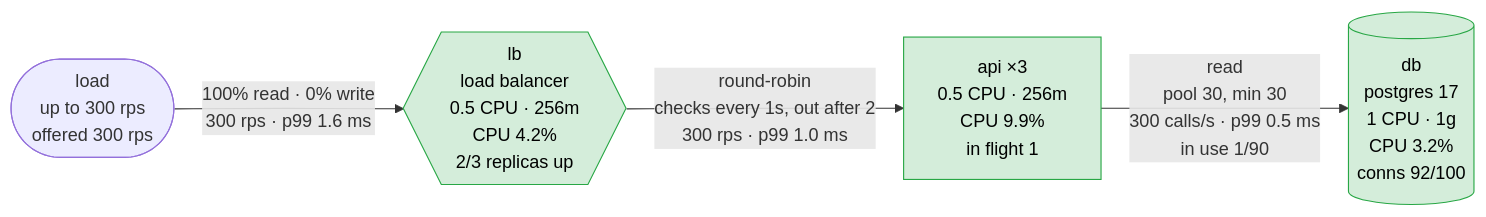
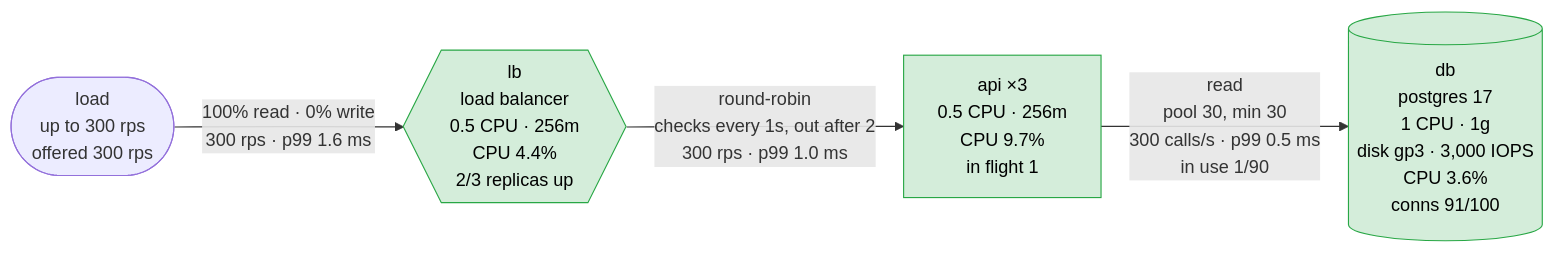
One commit to akinfemi/load-lore changed the first of 5 diagrams in scenarios/healthy-but-broken/solutions/deep-health-check/report.md. Above: the diagram before and after it, drawn with Mermaid. The commit also changed other lines of this file and 125 other files, not shown here.

````diff
--- a/scenarios/healthy-but-broken/solutions/deep-health-check/report.md
+++ b/scenarios/healthy-but-broken/solutions/deep-health-check/report.md
@@ -15,14 +15,14 @@
 ```mermaid
 flowchart LR
     load(["load<br/>up to 300 rps<br/>offered 300 rps"])
-    lb{{"lb<br/>load balancer<br/>0.5 CPU · 256m<br/>CPU 4.2%<br/>2/3 replicas up"}}
-    api["api ×3<br/>0.5 CPU · 256m<br/>CPU 9.9%<br/>in flight 1"]
-    db[("db<br/>postgres 17<br/>1 CPU · 1g<br/>CPU 3.2%<br/>conns 92/100")]
+    lb{{"lb<br/>load balancer<br/>0.5 CPU · 256m<br/>CPU 4.4%<br/>2/3 replicas up"}}
+    api["api ×3<br/>0.5 CPU · 256m<br/>CPU 9.7%<br/>in flight 1"]
+    db[("db<br/>postgres 17<br/>1 CPU · 1g<br/>disk gp3 · 3,000 IOPS<br/>CPU 3.6%<br/>conns 91/100")]
     load -->|"100% read · 0% write<br/>300 rps · p99 1.6 ms"| lb
     lb -->|"round-robin<br/>checks every 1s, out after 2<br/>300 rps · p99 1.0 ms"| api
     api -->|"read<br/>pool 30, min 30<br/>300 calls/s · p99 0.5 ms<br/>in use 1/90"| db
     classDef ok fill:#d4edda,stroke:#28a745,color:#000
     classDef warm fill:#fff3cd,stroke:#d39e00,color:#000
     classDef hot fill:#f8d7da,stroke:#dc3545,color:#000
     class lb,api,db ok
 ```
````
